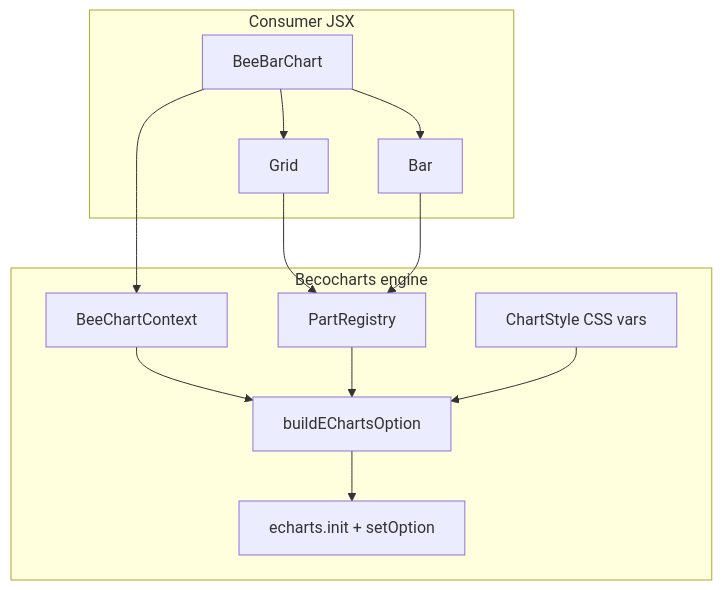
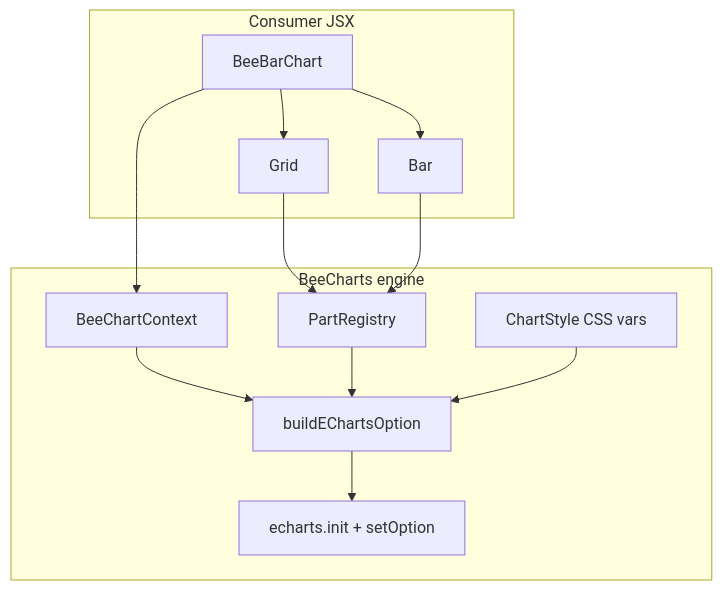
One commit to ctesibius/beecharts changed the diagram in PLAN.md. Above: the diagram before and after it, drawn with Mermaid. The commit also changed other lines of this file and 23 other files, not shown here.

````diff
--- a/PLAN.md
+++ b/PLAN.md
@@ -74,25 +74,25 @@
 ```mermaid
 flowchart TB
   subgraph consumer [Consumer JSX]
     Root[BeeBarChart]
     Grid[Grid]
     Bar[Bar]
     Root --> Grid
     Root --> Bar
   end
 
-  subgraph engine [Becocharts engine]
+  subgraph engine [BeeCharts engine]
     Ctx[BeeChartContext]
     Registry[PartRegistry]
     Compiler[buildEChartsOption]
     EC[echarts.init + setOption]
     Tokens[ChartStyle CSS vars]
     Root --> Ctx
     Grid --> Registry
     Bar --> Registry
     Ctx --> Compiler
     Registry --> Compiler
     Tokens --> Compiler
     Compiler --> EC
   end
 ```
````
